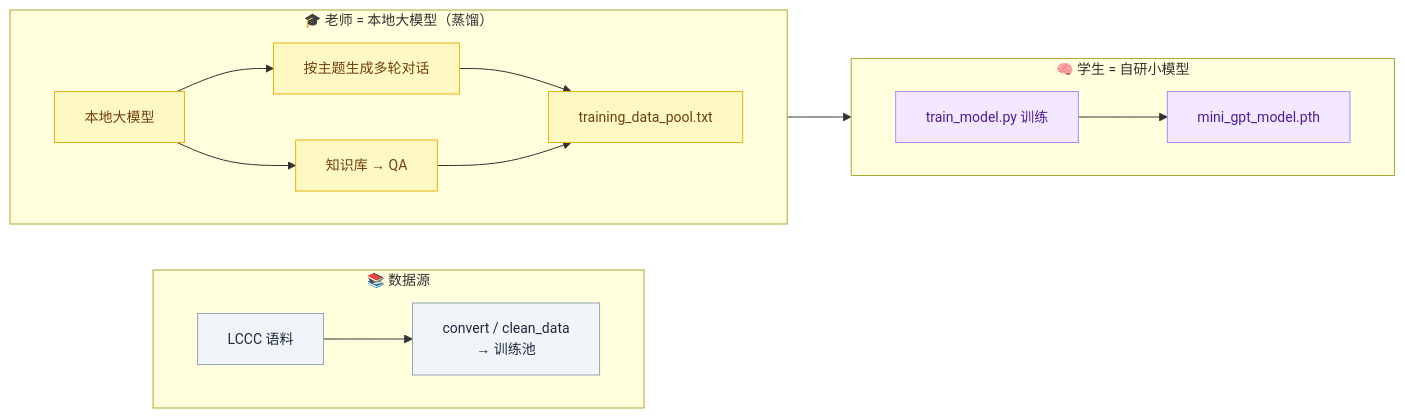
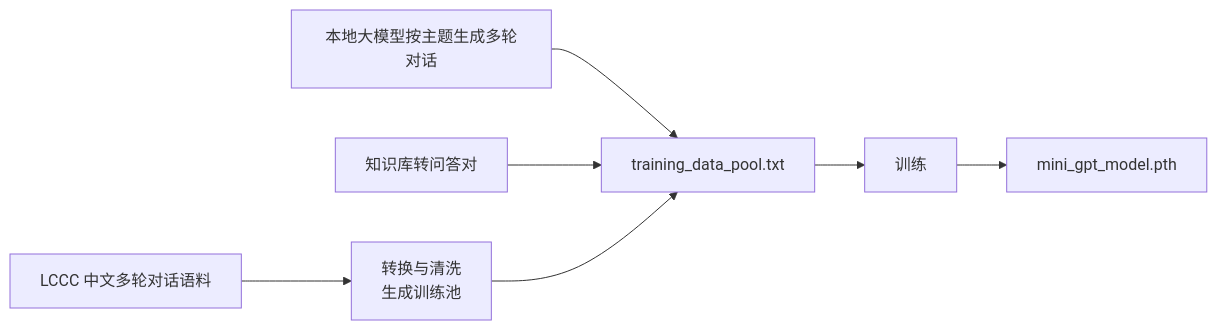
Before and after one commit to jiangchuangege/xiaojiao-harnees: the fourth of 7 diagrams in README.md, drawn with Mermaid. The commit also changed other lines of this file and 8 other files, not shown here.

````diff
--- a/README.md
+++ b/README.md
@@ -531,29 +314,9 @@
 ```mermaid
-%%{init: {"themeVariables": {"fontSize": "14px"}, "flowchart": {"htmlLabels": true, "wrappingWidth": 320, "nodeSpacing": 46, "rankSpacing": 64, "useMaxWidth": true}}}%%
 flowchart LR
-    subgraph src["📚 数据源"]
-        direction LR
-        A["LCCC 语料"] --> B["convert / clean_data<br/>→ 训练池"]
-    end
-
-    subgraph teach["🎓 老师 = 本地大模型（蒸馏）"]
-        direction LR
-        C["本地大模型"] --> D["按主题生成多轮对话"]
-        C --> E["知识库 → QA"]
-        D --> F["training_data_pool.txt"]
-        E --> F
-    end
-
-    subgraph stu["🧠 学生 = 自研小模型"]
-        direction LR
-        F --> G["train_model.py 训练"]
-        G --> H["mini_gpt_model.pth"]
-    end
-
-    classDef src fill:#f1f5f9,stroke:#94a3b8,color:#1e293b;
-    classDef teach fill:#fef9c3,stroke:#eab308,color:#713f12;
-    classDef stu fill:#f3e8ff,stroke:#a78bfa,color:#4c1d95;
-    class A,B src;
-    class C,D,E,F teach;
-    class G,H stu;
+    A["LCCC 中文多轮对话语料"] --> B["转换与清洗<br/>生成训练池"]
+    C["本地大模型按主题生成多轮对话"] --> D["training_data_pool.txt"]
+    E["知识库转问答对"] --> D
+    D --> F["训练"]
+    F --> G["mini_gpt_model.pth"]
+    B --> D
 ```
````
